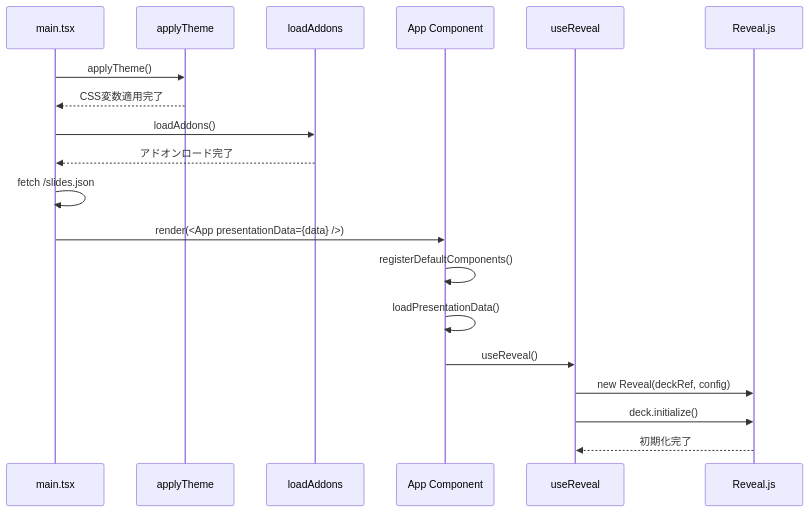
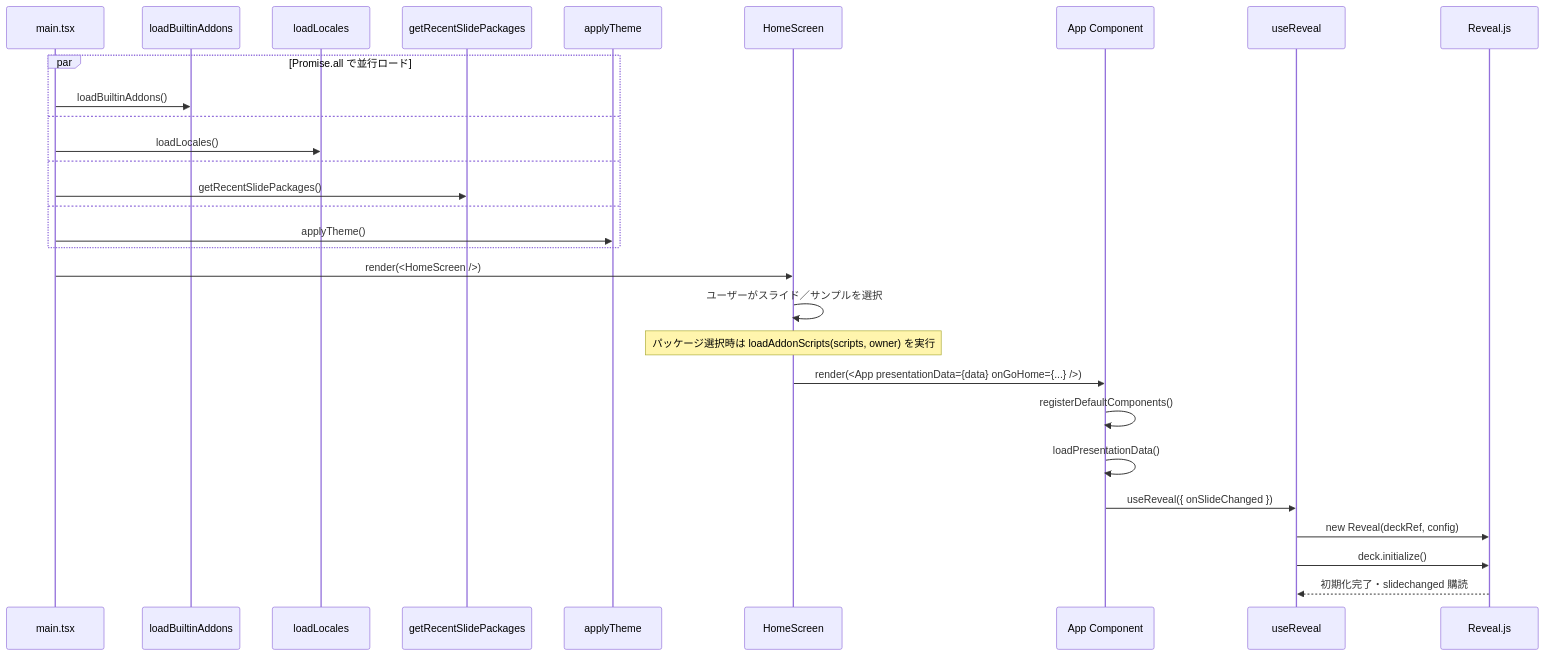
Before and after one commit to ToshikiImagawa/slide-presentation-app: the first of 3 diagrams in .sdd/specification/presentation-foundation_spec.md, drawn with Mermaid. The commit also changed other lines of this file and 31 other files, not shown here.

````diff
--- a/.sdd/specification/presentation-foundation_spec.md
+++ b/.sdd/specification/presentation-foundation_spec.md
@@ -193,22 +247,32 @@
 ```mermaid
 sequenceDiagram
     participant Main as main.tsx
+    participant Addons as loadBuiltinAddons
+    participant I18n as loadLocales
+    participant Recent as getRecentSlidePackages
     participant Theme as applyTheme
-    participant Addons as loadAddons
+    participant Home as HomeScreen
     participant App as App Component
     participant Hook as useReveal
     participant Reveal as Reveal.js
 
-    Main->>Theme: applyTheme()
-    Theme-->>Main: CSS変数適用完了
-    Main->>Addons: loadAddons()
-    Addons-->>Main: アドオンロード完了
-    Main->>Main: fetch /slides.json
-    Main->>App: render(<App presentationData={data} />)
+    par Promise.all で並行ロード
+        Main->>Addons: loadBuiltinAddons()
+    and
+        Main->>I18n: loadLocales()
+    and
+        Main->>Recent: getRecentSlidePackages()
+    and
+        Main->>Theme: applyTheme()
+    end
+    Main->>Home: render(<HomeScreen />)
+    Home->>Home: ユーザーがスライド／サンプルを選択
+    Note over Home: パッケージ選択時は loadAddonScripts(scripts, owner) を実行
+    Home->>App: render(<App presentationData={data} onGoHome={...} />)
     App->>App: registerDefaultComponents()
     App->>App: loadPresentationData()
-    App->>Hook: useReveal()
+    App->>Hook: useReveal({ onSlideChanged })
     Hook->>Reveal: new Reveal(deckRef, config)
     Hook->>Reveal: deck.initialize()
-    Reveal-->>Hook: 初期化完了
+    Reveal-->>Hook: 初期化完了・slidechanged 購読
 ```
````
